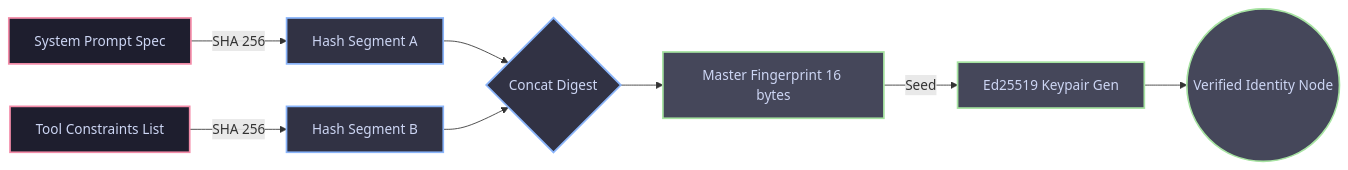
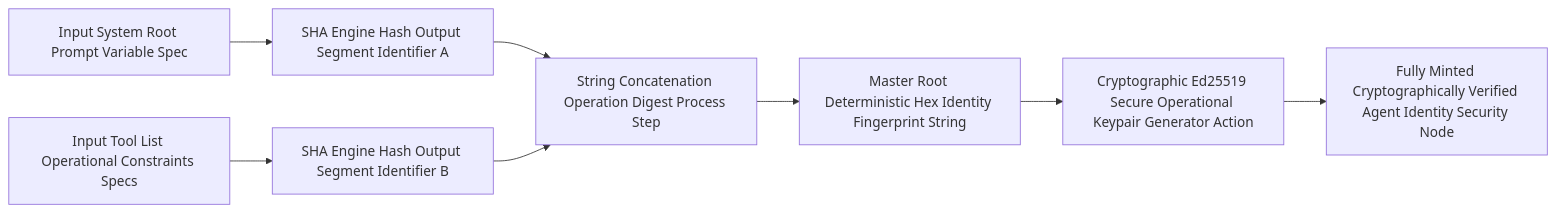
The third of 30 diagrams in README.md (MrDecryptDecipher/Agent-Trust), drawn with Mermaid before and after one commit. The commit also changed other lines of this file, not shown here.

Commit message:
Ultra-strict diagram rendering using pure alphanumeric sequences and explicit non-cyclic flow structures

````diff
--- a/README.md
+++ b/README.md
@@ -81,14 +62,10 @@
 ```mermaid
-flowchart LR
-    classDef in fill:#1e1e2e,stroke:#f38ba8,stroke-width:2px,color:#cdd6f4
-    classDef hash fill:#313244,stroke:#89b4fa,stroke-width:2px,color:#cdd6f4
-    classDef out fill:#45475a,stroke:#a6e3a1,stroke-width:2px,color:#cdd6f4
-
-    P["System Prompt Spec"]:::in -->|SHA 256| X["Hash Segment A"]:::hash
-    T["Tool Constraints List"]:::in -->|SHA 256| Y["Hash Segment B"]:::hash
-    X --> Z{"Concat Digest"}:::hash
+graph LR
+    P[Input System Root Prompt Variable Spec] --> X[SHA Engine Hash Output Segment Identifier A]
+    T[Input Tool List Operational Constraints Specs] --> Y[SHA Engine Hash Output Segment Identifier B]
+    X --> Z[String Concatenation Operation Digest Process Step]
     Y --> Z
-    Z --> I["Master Fingerprint 16 bytes"]:::out
-    I -->|Seed| K["Ed25519 Keypair Gen"]:::out
-    K --> O(("Verified Identity Node")):::out
+    Z --> I[Master Root Deterministic Hex Identity Fingerprint String]
+    I --> K[Cryptographic Ed25519 Secure Operational Keypair Generator Action]
+    K --> O[Fully Minted Cryptographically Verified Agent Identity Security Node]
 ```
````
